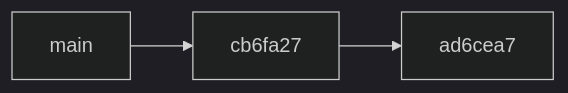
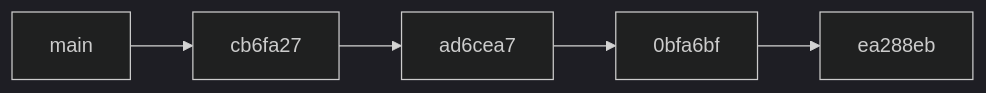
The second of 2 diagrams in README.md (thenativeweb/temp--git), drawn with Mermaid (dark theme) before and after one commit. The commit also changed other lines of this file and 1 other file, not shown here.

````diff
--- a/README.md
+++ b/README.md
@@ -65,5 +70,7 @@
 ```mermaid
 flowchart LR
   main --> cb6fa27
   cb6fa27 --> ad6cea7
+  ad6cea7 --> 0bfa6bf
+  0bfa6bf --> ea288eb
 ```
````
